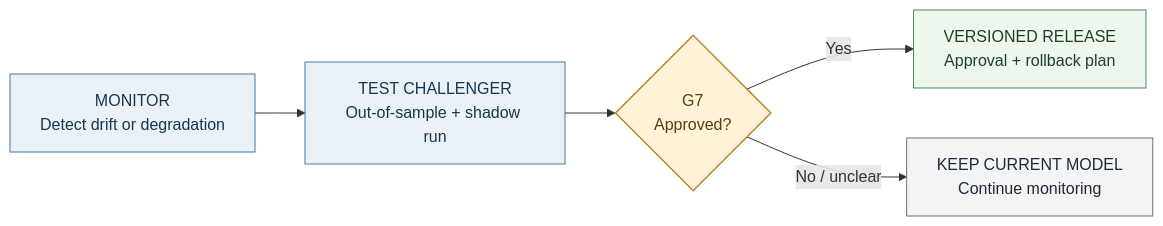
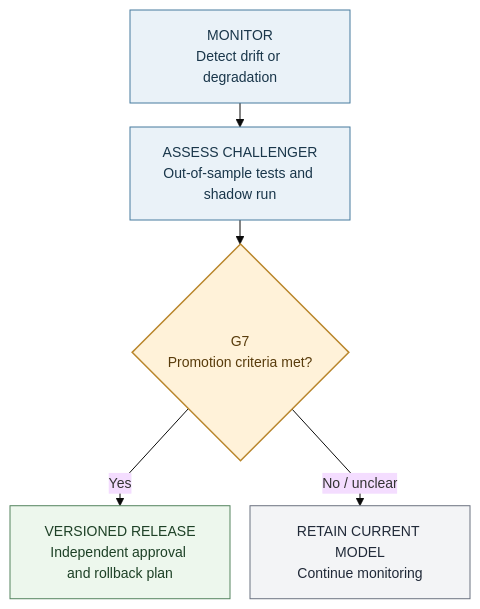
Before and after one commit to dannysilverio6-creator/AQP---LSEG: the second of 15 diagrams in AQP OVERVIEW.md, drawn with Mermaid. The commit also changed other lines of this file, not shown here.

````diff
--- a/AQP OVERVIEW.md
+++ b/AQP OVERVIEW.md
@@ -98,16 +103,16 @@
 ```mermaid
-flowchart LR
-    MON["MONITOR<br/>Detect drift or degradation"] --> TEST["TEST CHALLENGER<br/>Out-of-sample + shadow run"]
-    TEST --> G7{"G7<br/>Approved?"}
-    G7 -->|Yes| RELEASE["VERSIONED RELEASE<br/>Approval + rollback plan"]
-    G7 -->|No / unclear| KEEP["KEEP CURRENT MODEL<br/>Continue monitoring"]
-
-    classDef review fill:#eaf2f8,stroke:#477b9e,color:#19364a,stroke-width:1px;
+%%{init: {"theme": "base", "flowchart": {"nodeSpacing": 20, "rankSpacing": 24, "wrappingWidth": 160, "diagramPadding": 24, "curve": "linear"}, "themeVariables": {"fontSize": "14px"}}}%%
+flowchart TB
+    MON["MONITOR<br/>Detect drift or degradation"] --> TEST["ASSESS CHALLENGER<br/>Out-of-sample tests and shadow run"]
+    TEST --> G7{G7<br/>Promotion criteria met?}
+    G7 -->|Yes| RELEASE["VERSIONED RELEASE<br/>Independent approval and rollback plan"]
+    G7 -->|No / unclear| KEEP["RETAIN CURRENT MODEL<br/>Continue monitoring"]
+    classDef review fill:#eaf2f8,stroke:#477b9e,color:#19364a;
     classDef gate fill:#fff2d9,stroke:#b9862b,color:#593c0c,stroke-width:1.5px;
-    classDef safe fill:#edf7ed,stroke:#54845e,color:#1d4026,stroke-width:1px;
-    classDef retain fill:#f3f4f6,stroke:#6b7280,color:#202938,stroke-width:1px;
+    classDef safe fill:#edf7ed,stroke:#54845e,color:#1d4026;
+    classDef retain fill:#f3f4f6,stroke:#6b7280,color:#202938;
     class MON,TEST review;
     class G7 gate;
     class RELEASE safe;
     class KEEP retain;
 ```
````
